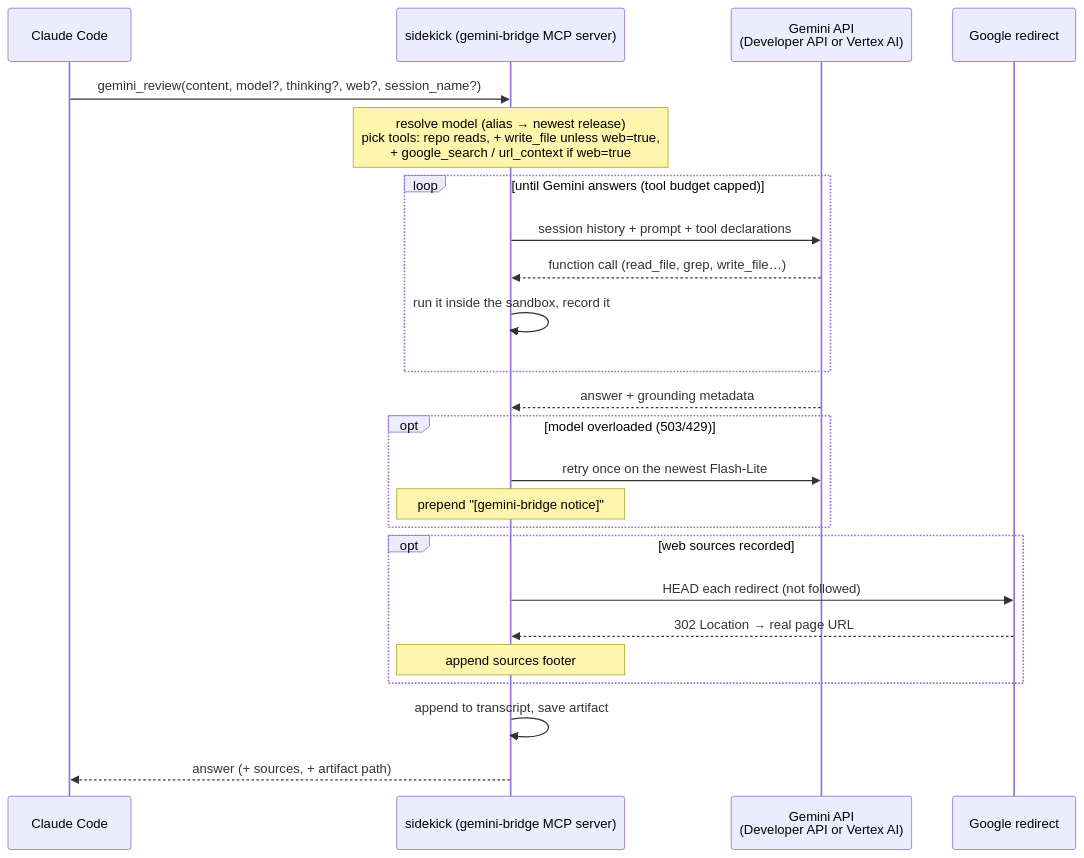
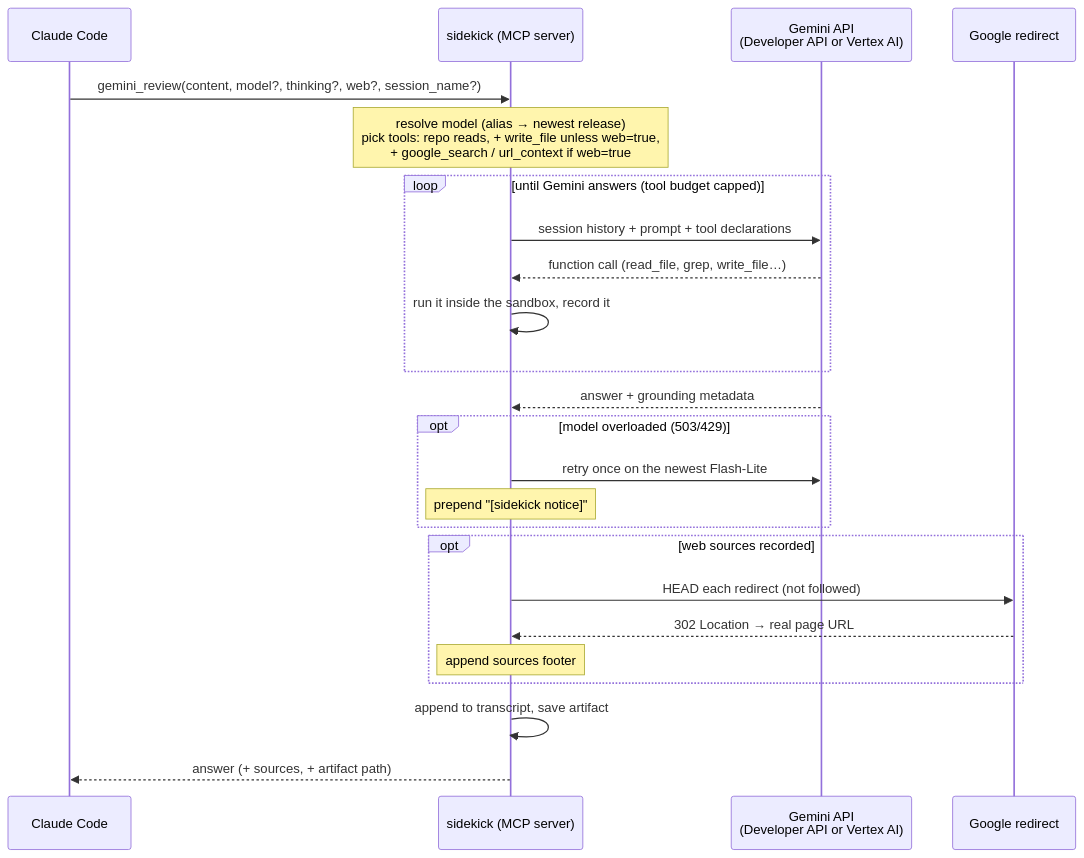
One commit to FlintAndFilament/gemini-bridge changed the diagram in README.md. Above: the diagram before and after it, drawn with Mermaid. The commit also changed other lines of this file and 58 other files, not shown here.

````diff
--- a/README.md
+++ b/README.md
@@ -64,27 +62,27 @@
 ```mermaid
 sequenceDiagram
     participant CC as Claude Code
-    participant S as sidekick (gemini-bridge MCP server)
+    participant S as sidekick (MCP server)
     participant G as Gemini API<br/>(Developer API or Vertex AI)
     participant R as Google redirect
 
     CC->>S: gemini_review(content, model?, thinking?, web?, session_name?)
     Note over S: resolve model (alias → newest release)<br/>pick tools: repo reads, + write_file unless web=true,<br/>+ google_search / url_context if web=true
     loop until Gemini answers (tool budget capped)
         S->>G: session history + prompt + tool declarations
         G-->>S: function call (read_file, grep, write_file…)
         S->>S: run it inside the sandbox, record it
     end
     G-->>S: answer + grounding metadata
     opt model overloaded (503/429)
         S->>G: retry once on the newest Flash-Lite
-        Note over S: prepend "[gemini-bridge notice]"
+        Note over S: prepend "[sidekick notice]"
     end
     opt web sources recorded
         S->>R: HEAD each redirect (not followed)
         R-->>S: 302 Location → real page URL
         Note over S: append sources footer
     end
     S->>S: append to transcript, save artifact
     S-->>CC: answer (+ sources, + artifact path)
 ```
````
